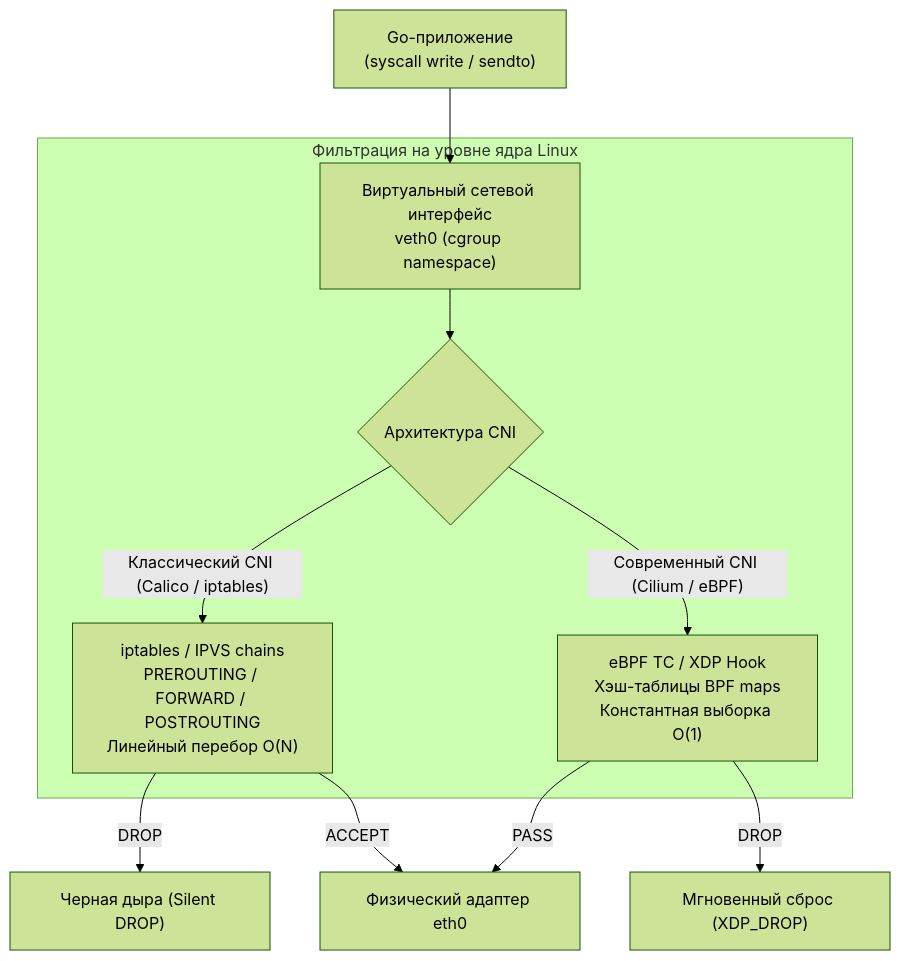
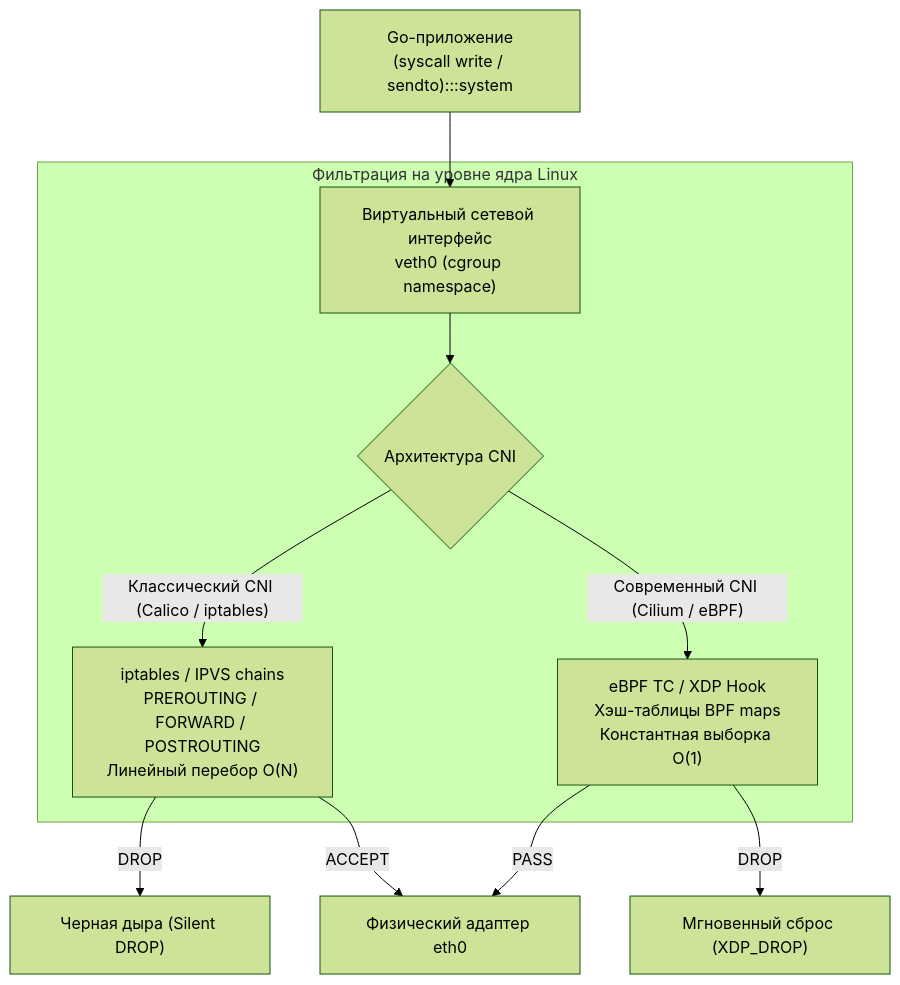
Before and after one commit to UnrealTemplier/go-textbook: the second of 3 diagrams in sources/14. Распределенные системы на Go/06. Сеть/4. Network policies.md, drawn with Mermaid (forest theme). The commit also changed other lines of this file and 1666 other files, not shown here.

First line of the commit message:
feat(mermaid): add semantic color classDef to 1369 colorless flowchart/graph diagrams

````diff
--- a/sources/14. Распределенные системы на Go/06. Сеть/4. Network policies.md
+++ b/sources/14. Распределенные системы на Go/06. Сеть/4. Network policies.md
@@ -52,16 +62,26 @@
 ```mermaid
 flowchart TD
-    App["Go-приложение<br>(syscall write / sendto)"] --> Veth["Виртуальный сетевой интерфейс<br>veth0 (cgroup namespace)"]
+    classDef process  fill:#1e293b,stroke:#38bdf8,stroke-width:1px,color:#f8fafc
+    classDef success  fill:#064e3b,stroke:#34d399,stroke-width:1px,color:#f8fafc
+    classDef error    fill:#7f1d1d,stroke:#f87171,stroke-width:1px,color:#f8fafc
+    classDef warning  fill:#78350f,stroke:#fbbf24,stroke-width:1px,color:#f8fafc
+    classDef entry    fill:#1e3a5f,stroke:#38bdf8,stroke-width:2px,color:#f8fafc
+    classDef aux      fill:#334155,stroke:#64748b,stroke-width:1px,color:#f8fafc
+    classDef system   fill:#312e81,stroke:#a78bfa,stroke-width:1px,color:#f8fafc
+    classDef data     fill:#132d29,stroke:#2dd4bf,stroke-width:1px,color:#f8fafc
+    classDef network  fill:#881337,stroke:#fb7185,stroke-width:1px,color:#f8fafc
+    classDef accent   fill:#1e1b4b,stroke:#818cf8,stroke-width:1px,color:#f8fafc
+    App["Go-приложение<br>(syscall write / sendto):::system"] --> Veth["Виртуальный сетевой интерфейс<br>veth0 (cgroup namespace)"]
     
     subgraph Filter["Фильтрация на уровне ядра Linux"]
         Veth --> Engine{"Архитектура CNI"}
         Engine -->|"Классический CNI (Calico / iptables)"| IPT["iptables / IPVS chains<br>PREROUTING / FORWARD / POSTROUTING<br>Линейный перебор O(N)"]
         Engine -->|"Современный CNI (Cilium / eBPF)"| BPF["eBPF TC / XDP Hook<br>Хэш-таблицы BPF maps<br>Константная выборка O(1)"]
     end
     
     IPT -->|DROP| Blackhole1["Черная дыра (Silent DROP)"]
     IPT -->|ACCEPT| Eth0["Физический адаптер eth0"]
     
     BPF -->|DROP| Blackhole2["Мгновенный сброс (XDP_DROP)"]
     BPF -->|PASS| Eth0
 ```
````
